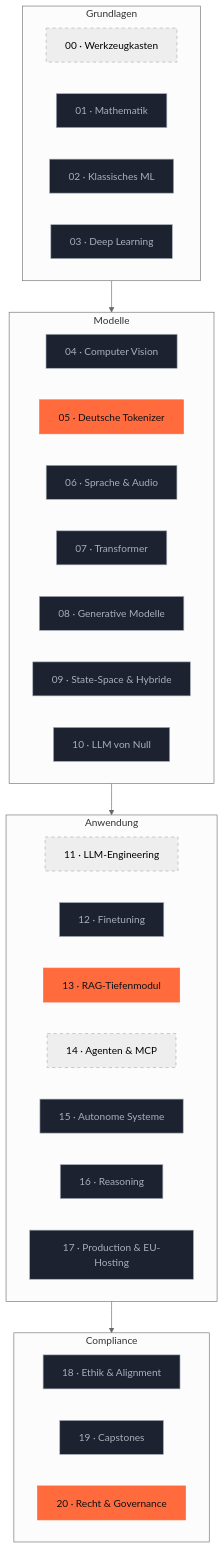
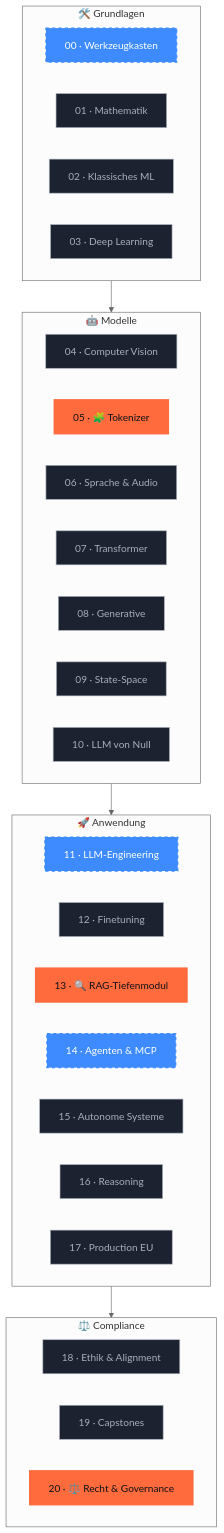
One commit to s-a-s-k-i-a/ki-engineering-werkstatt changed the first of 2 diagrams in README.md. Above: the diagram before and after it, drawn with Mermaid (neutral theme). The commit also changed other lines of this file and 5 other files, not shown here.

````diff
--- a/README.md
+++ b/README.md
@@ -61,44 +175,45 @@
 ```mermaid
 flowchart TB
-  subgraph G[Grundlagen]
-    P00[00 · Werkzeugkasten]
-    P01[01 · Mathematik]
-    P02[02 · Klassisches ML]
-    P03[03 · Deep Learning]
+  subgraph G[" 🛠️ Grundlagen "]
+    direction LR
+    P00[00 · Werkzeugkasten]:::wip
+    P01[01 · Mathematik]:::planned
+    P02[02 · Klassisches ML]:::planned
+    P03[03 · Deep Learning]:::planned
   end
 
-  subgraph M[Modelle]
-    P04[04 · Computer Vision]
-    P05[05 · Deutsche Tokenizer]
-    P06[06 · Sprache & Audio]
-    P07[07 · Transformer]
-    P08[08 · Generative Modelle]
-    P09[09 · State-Space & Hybride]
-    P10[10 · LLM von Null]
+  subgraph M[" 🤖 Modelle "]
+    direction LR
+    P04[04 · Computer Vision]:::planned
+    P05[05 · 🧩 Tokenizer]:::done
+    P06[06 · Sprache & Audio]:::planned
+    P07[07 · Transformer]:::planned
+    P08[08 · Generative]:::planned
+    P09[09 · State-Space]:::planned
+    P10[10 · LLM von Null]:::planned
   end
 
-  subgraph A[Anwendung]
-    P11[11 · LLM-Engineering]
-    P12[12 · Finetuning]
-    P13[13 · RAG-Tiefenmodul]
-    P14[14 · Agenten & MCP]
-    P15[15 · Autonome Systeme]
-    P16[16 · Reasoning]
-    P17[17 · Production & EU-Hosting]
+  subgraph A[" 🚀 Anwendung "]
+    direction LR
+    P11[11 · LLM-Engineering]:::wip
+    P12[12 · Finetuning]:::planned
+    P13[13 · 🔍 RAG-Tiefenmodul]:::done
+    P14[14 · Agenten & MCP]:::wip
+    P15[15 · Autonome Systeme]:::planned
+    P16[16 · Reasoning]:::planned
+    P17[17 · Production EU]:::planned
   end
 
-  subgraph C[Compliance]
-    P18[18 · Ethik & Alignment]
-    P19[19 · Capstones]
-    P20[20 · Recht & Governance]
+  subgraph C[" ⚖️ Compliance "]
+    direction LR
+    P18[18 · Ethik & Alignment]:::planned
+    P19[19 · Capstones]:::planned
+    P20[20 · ⚖️ Recht & Governance]:::done
   end
 
   G --> M --> A --> C
 
-  classDef done fill:#FF6B3D,color:#0E1116,stroke:#FF6B3D
-  classDef wip stroke-dasharray: 5 5,stroke:#A8B0BA
-  classDef planned fill:#1c2230,color:#A8B0BA,stroke:#A8B0BA
-  class P05,P13,P20 done
-  class P00,P11,P14 wip
-  class P01,P02,P03,P04,P06,P07,P08,P09,P10,P12,P15,P16,P17,P18,P19 planned
+  classDef done fill:#FF6B3D,color:#0E1116,stroke:#FF6B3D,stroke-width:2px
+  classDef wip fill:#3D8BFF,color:#FFF,stroke:#3D8BFF,stroke-width:2px,stroke-dasharray:5
+  classDef planned fill:#1c2230,color:#A8B0BA,stroke:#A8B0BA,stroke-width:1px
 ```
````
